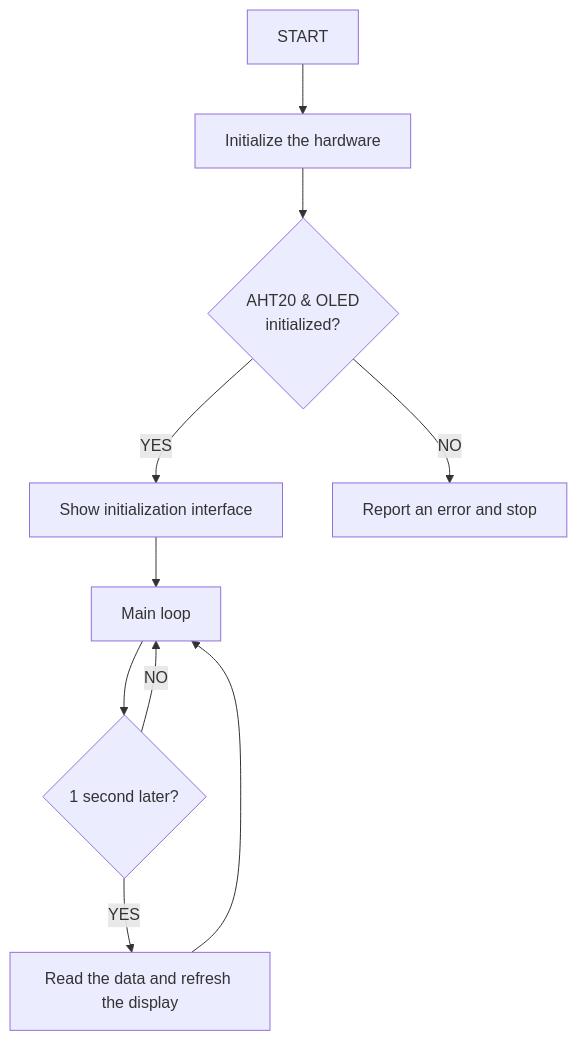
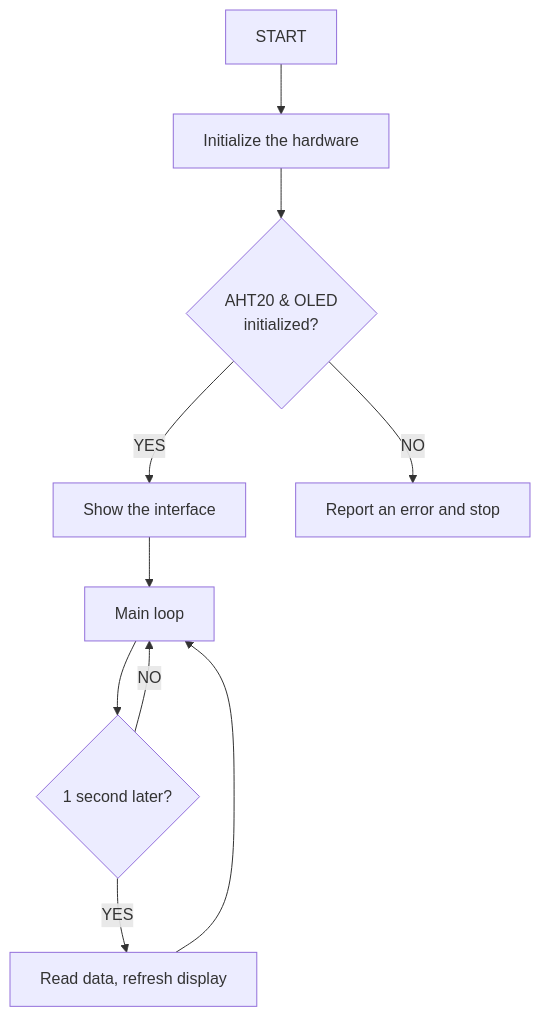
Before and after one commit to keyestudio/KS0597-: the diagram in docs/4.Arduino Projects/4.3 Projects/Project 3.md, drawn with Mermaid. The commit also changed 9 other files, not shown here.

````diff
--- a/docs/4.Arduino Projects/4.3 Projects/Project 3.md
+++ b/docs/4.Arduino Projects/4.3 Projects/Project 3.md
@@ -390,12 +390,12 @@
 ```mermaid
 graph TD
     A[START] --> B[Initialize the hardware]
     B --> C{AHT20 & OLED<br> initialized?}
-    C -->|YES| D[Show initialization interface]
+    C -->|YES| D[Show the interface]
     C -->|NO| E[Report an error and stop]
     D --> F[Main loop]
     F --> G{1 second later?}
-    G -->|YES| H[Read the data and refresh the display]
+    G -->|YES| H[Read data, refresh display]
     H --> F
     G -->|NO| F
 ```
````
